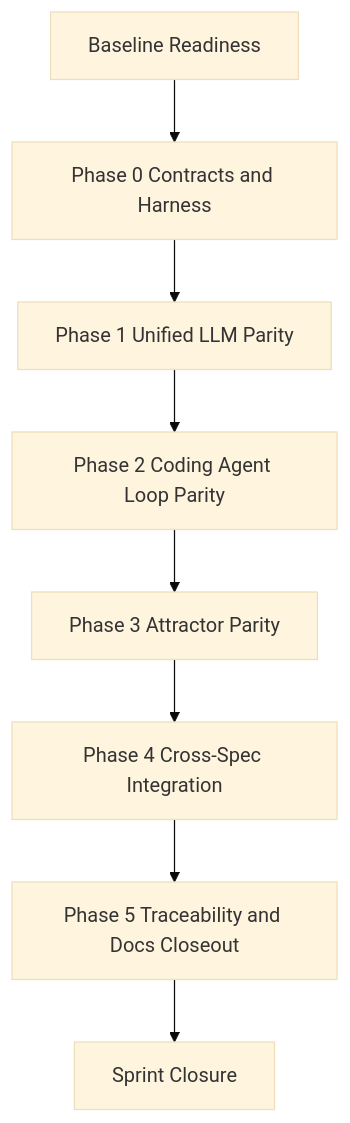
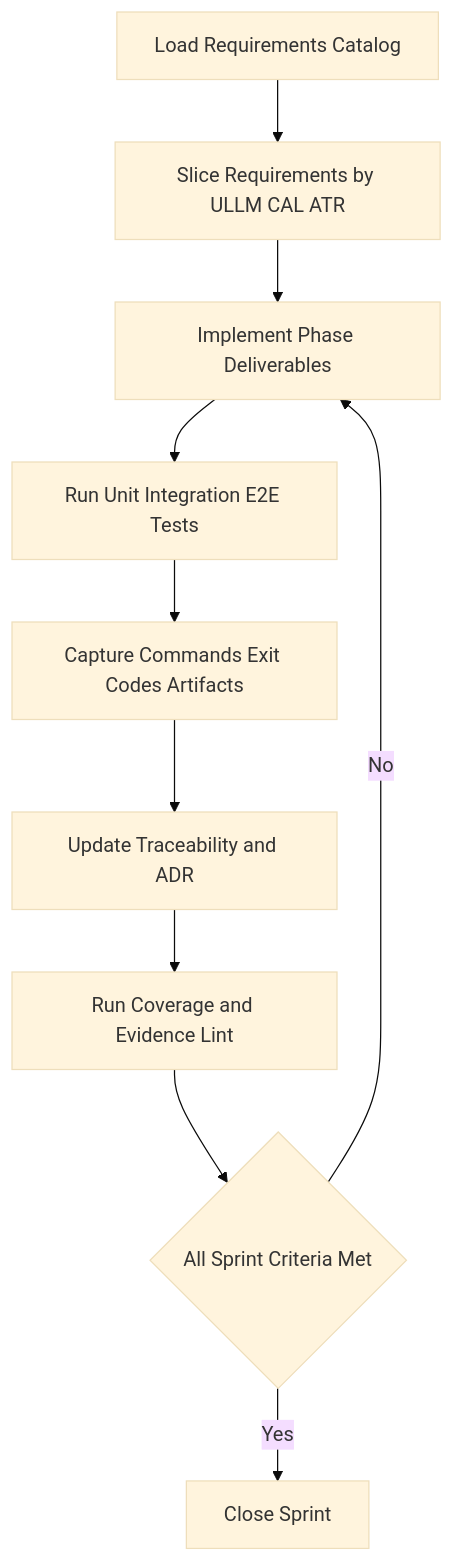
The third of 5 diagrams in docs/sprints/SPRINT-003-implementation-plan.md (jaytaylor/attractor-tcl), drawn with Mermaid (base theme) before and after one commit. The commit also changed other lines of this file, not shown here.

Commit message:
docs: mark sprint 003 implementation plan fully executed

````diff
--- a/docs/sprints/SPRINT-003-implementation-plan.md
+++ b/docs/sprints/SPRINT-003-implementation-plan.md
@@ -827,10 +955,12 @@
 ```mermaid
 flowchart TD
-  A[Baseline Readiness] --> B[Phase 0 Contracts and Harness]
-  B --> C[Phase 1 Unified LLM Parity]
-  C --> D[Phase 2 Coding Agent Loop Parity]
-  D --> E[Phase 3 Attractor Parity]
-  E --> F[Phase 4 Cross-Spec Integration]
-  F --> G[Phase 5 Traceability and Docs Closeout]
-  G --> H[Sprint Closure]
+  A[Load Requirements Catalog] --> B[Slice Requirements by ULLM CAL ATR]
+  B --> C[Implement Phase Deliverables]
+  C --> D[Run Unit Integration E2E Tests]
+  D --> E[Capture Commands Exit Codes Artifacts]
+  E --> F[Update Traceability and ADR]
+  F --> G[Run Coverage and Evidence Lint]
+  G --> H{All Sprint Criteria Met}
+  H -->|No| C
+  H -->|Yes| I[Close Sprint]
 ```
````
